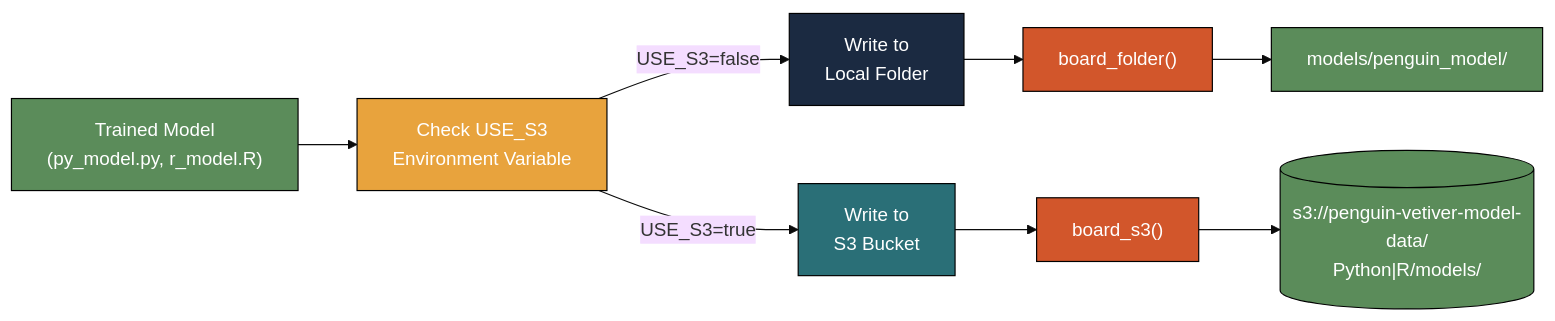
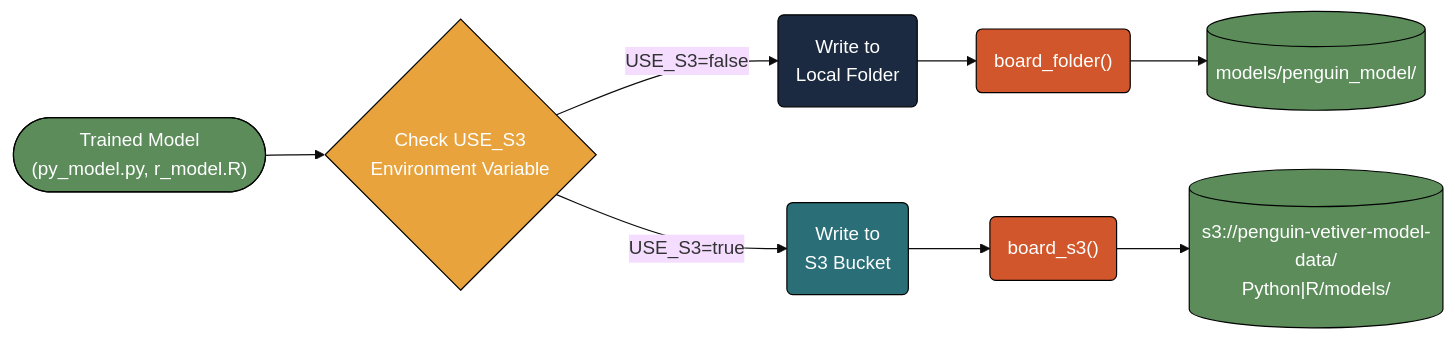
One commit to mjfrigaard/do4ds-labs changed the first of 2 diagrams in s3-data.qmd. Above: the diagram before and after it, drawn with Mermaid. The commit also changed other lines of this file and 69 other files, not shown here.

Commit message:
style review fixes; mermaid look; lab07 model scripts and workflow deps

````diff
--- a/s3-data.qmd
+++ b/s3-data.qmd
@@ -184,29 +184,29 @@
 ```{mermaid}
 %%| fig-cap: 'Model Push (Write) Flow'
 %%| fig-width: 7.0
 %%| fig-align: 'center'
-%%{init: {'theme': 'base', 'themeVariables': {'fontFamily': 'monospace'}}}%%
+%%{init: {'theme': 'base', 'look': 'classic', 'themeVariables': {'fontFamily': 'monospace'}}}%%
 
 graph LR
-    Model["Trained Model<br/>(py_model.py, r_model.R)"]
-    Check["Check USE_S3<br/>Environment Variable"]
+    Model(["Trained Model<br/>(py_model.py, r_model.R)"])
+    Check{"Check USE_S3<br/>Environment Variable"}
     Model --> Check
 
-    Check -->|USE_S3=false| Local["Write to<br/>Local Folder"]
-    Check -->|USE_S3=true| S3["Write to<br/>S3 Bucket"]
+    Check -->|USE_S3=false| Local("Write to<br/>Local Folder")
+    Check -->|USE_S3=true| S3("Write to<br/>S3 Bucket")
 
-    Local --> LocalBoard["board_folder()"]
-    S3 --> S3Board["board_s3()"]
+    Local --> LocalBoard("board_folder()")
+    S3 --> S3Board("board_s3()")
 
-    LocalBoard --> LocalPath["models/penguin_model/"]
+    LocalBoard --> LocalPath[("models/penguin_model/")]
     S3Board --> S3Path[("s3://penguin-vetiver-model-data/<br/>Python|R/models/")]
 
     style Model fill:#5B8C5A,stroke:#000000,stroke-width:1px,color:#ffffff
     style Check fill:#E8A33D,stroke:#000000,stroke-width:1px,color:#ffffff
     style Local fill:#1B2A41,stroke:#000000,stroke-width:1px,color:#ffffff
     style S3 fill:#2A6F77,stroke:#000000,stroke-width:1px,color:#ffffff
     style LocalBoard fill:#D2562B,stroke:#000000,stroke-width:1px,color:#ffffff
     style S3Board fill:#D2562B,stroke:#000000,stroke-width:1px,color:#ffffff
     style LocalPath fill:#5B8C5A,stroke:#000000,stroke-width:1px,color:#ffffff
     style S3Path fill:#5B8C5A,stroke:#000000,stroke-width:1px,color:#ffffff
 ```
````
